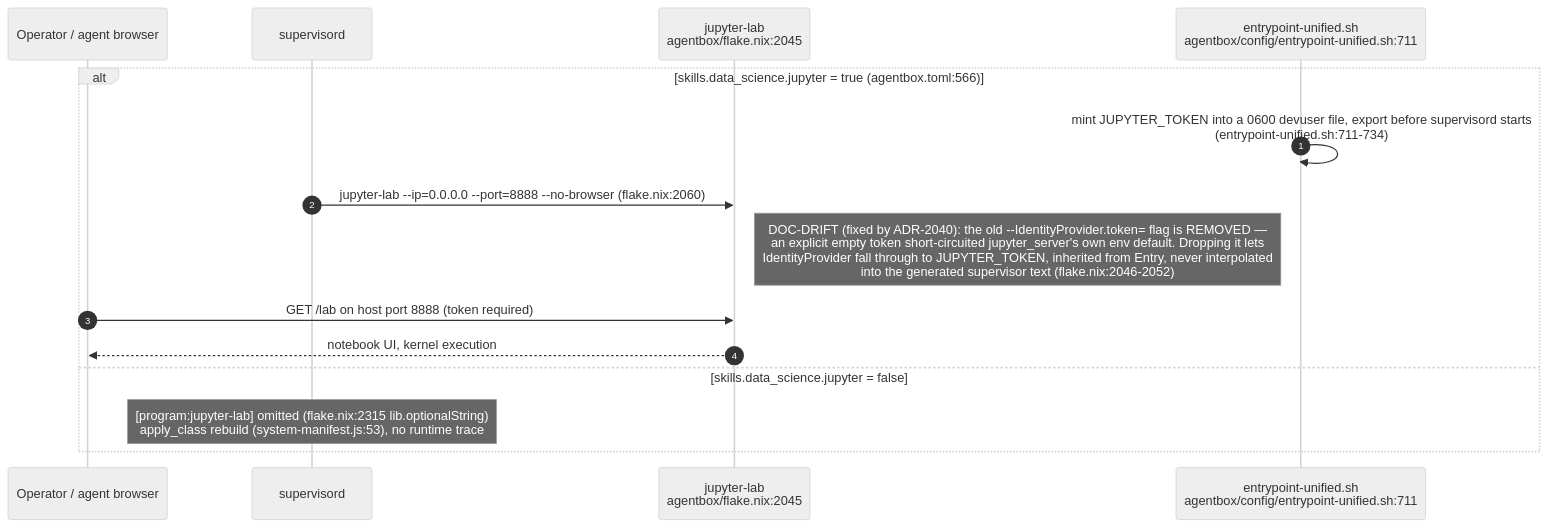
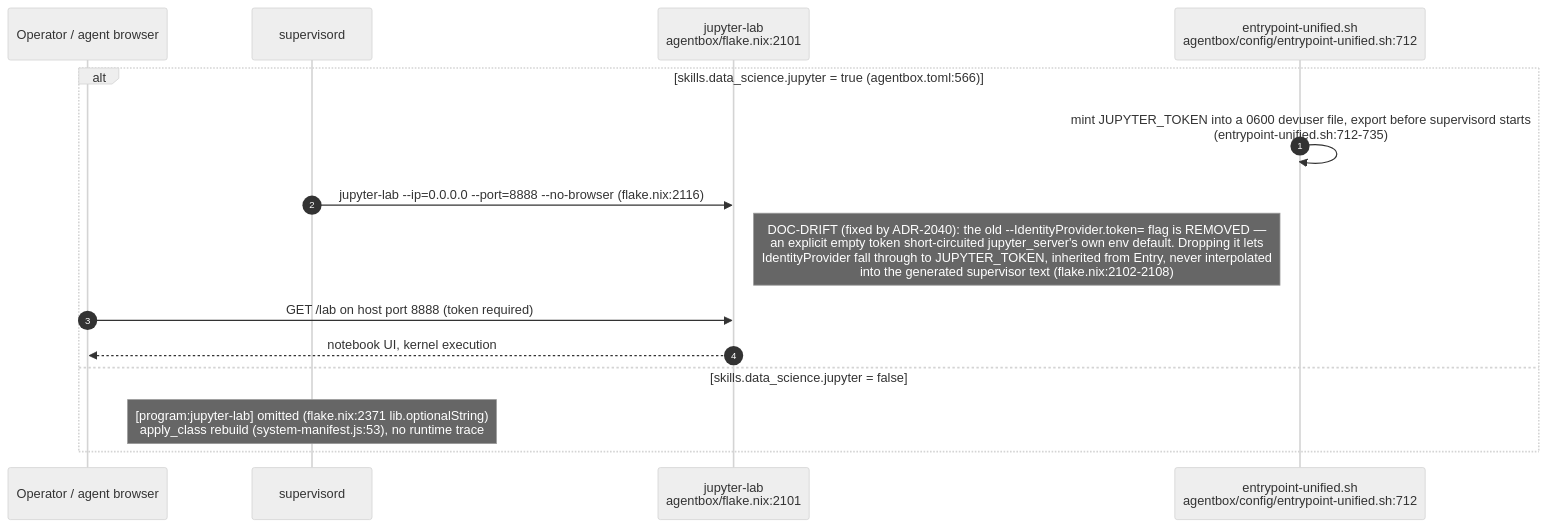
Before and after one commit to DreamLab-AI/VisionFlow: the fifth of 13 diagrams in docs/diagrams/agentbox/27-media-gpu-capability-services.md, drawn with Mermaid (neutral theme). The commit also changed other lines of this file and 94 other files, not shown here.

First line of the commit message:
docs(diagrams): re-verify 130 topics against 2 October HEADs

````diff
--- a/docs/diagrams/agentbox/27-media-gpu-capability-services.md
+++ b/docs/diagrams/agentbox/27-media-gpu-capability-services.md
@@ -185,18 +185,18 @@
 ```mermaid
 sequenceDiagram
     autonumber
     participant Op as Operator / agent browser
     participant Sup as supervisord
-    participant Lab as jupyter-lab<br/>agentbox/flake.nix:2045
-    participant Entry as entrypoint-unified.sh<br/>agentbox/config/entrypoint-unified.sh:711
+    participant Lab as jupyter-lab<br/>agentbox/flake.nix:2101
+    participant Entry as entrypoint-unified.sh<br/>agentbox/config/entrypoint-unified.sh:712
 
     alt skills.data_science.jupyter = true (agentbox.toml:566)
-        Entry->>Entry: mint JUPYTER_TOKEN into a 0600 devuser file, export before supervisord starts<br/>(entrypoint-unified.sh:711-734)
-        Sup->>Lab: jupyter-lab --ip=0.0.0.0 --port=8888 --no-browser (flake.nix:2060)
-        Note right of Lab: DOC-DRIFT (fixed by ADR-2040): the old --IdentityProvider.token= flag is REMOVED —<br/>an explicit empty token short-circuited jupyter_server's own env default. Dropping it lets<br/>IdentityProvider fall through to JUPYTER_TOKEN, inherited from Entry, never interpolated<br/>into the generated supervisor text (flake.nix:2046-2052)
+        Entry->>Entry: mint JUPYTER_TOKEN into a 0600 devuser file, export before supervisord starts<br/>(entrypoint-unified.sh:712-735)
+        Sup->>Lab: jupyter-lab --ip=0.0.0.0 --port=8888 --no-browser (flake.nix:2116)
+        Note right of Lab: DOC-DRIFT (fixed by ADR-2040): the old --IdentityProvider.token= flag is REMOVED —<br/>an explicit empty token short-circuited jupyter_server's own env default. Dropping it lets<br/>IdentityProvider fall through to JUPYTER_TOKEN, inherited from Entry, never interpolated<br/>into the generated supervisor text (flake.nix:2102-2108)
         Op->>Lab: GET /lab on host port 8888 (token required)
         Lab-->>Op: notebook UI, kernel execution
     else skills.data_science.jupyter = false
-        Note over Sup: [program:jupyter-lab] omitted (flake.nix:2315 lib.optionalString)<br/>apply_class rebuild (system-manifest.js:53), no runtime trace
+        Note over Sup: [program:jupyter-lab] omitted (flake.nix:2371 lib.optionalString)<br/>apply_class rebuild (system-manifest.js:53), no runtime trace
     end
 ```
````
